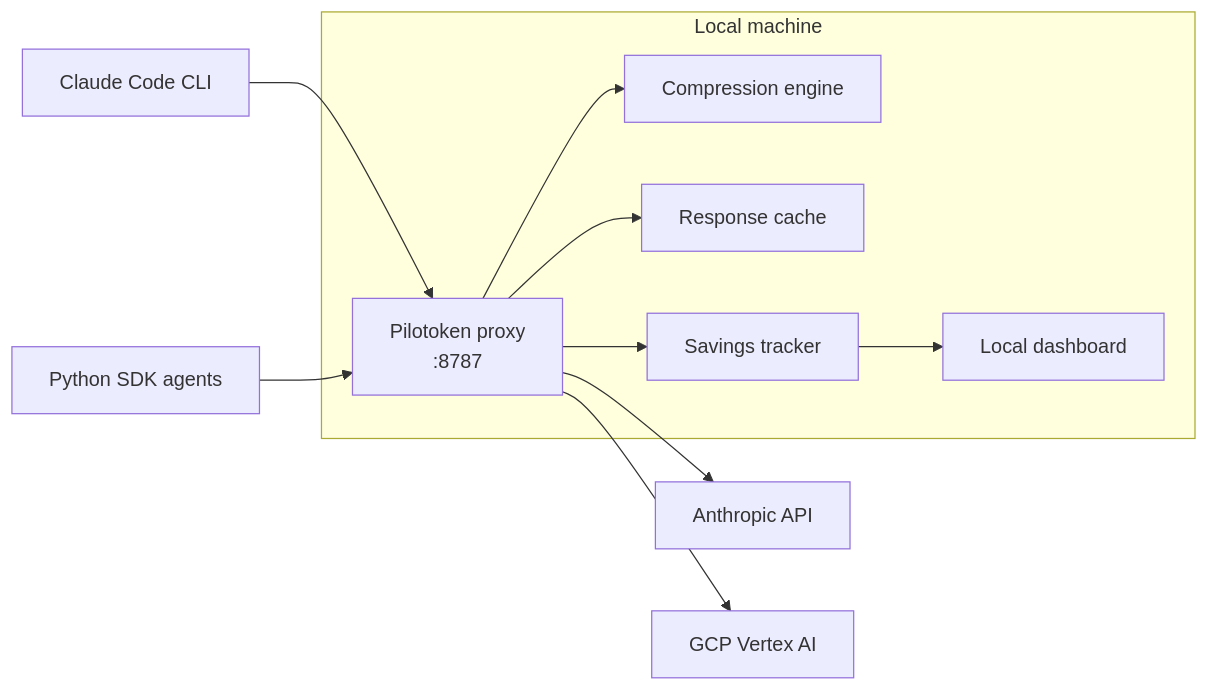
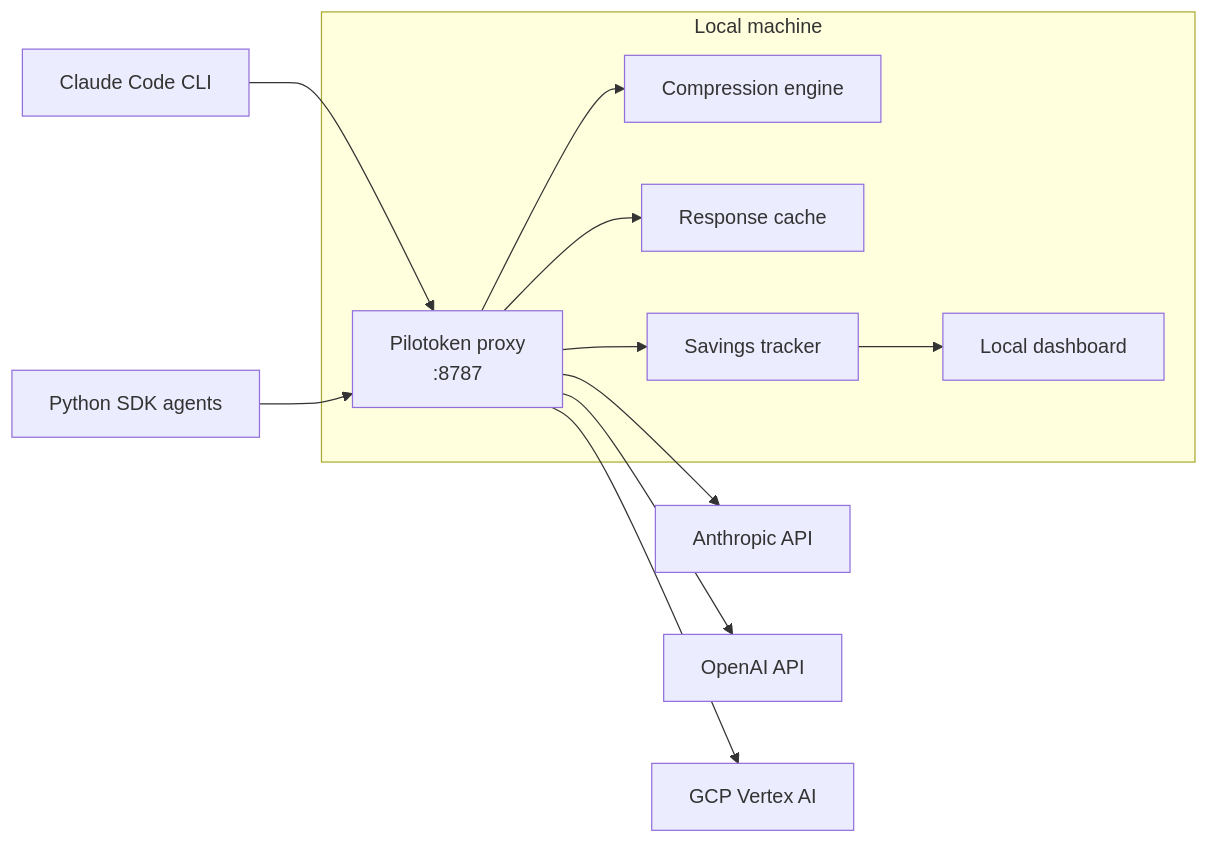
Before and after one commit to SteveDigital/pilotoken-showcase: the diagram in README.md, drawn with Mermaid. The commit also changed other lines of this file, not shown here.

````diff
--- a/README.md
+++ b/README.md
@@ -23,13 +27,14 @@
 ```mermaid
 flowchart LR
     A[Claude Code CLI] --> P
     B[Python SDK agents] --> P
     subgraph Local machine
         P[Pilotoken proxy<br/>:8787] --> C[Compression engine]
         P --> K[Response cache]
         P --> S[Savings tracker]
         S --> D[Local dashboard]
     end
     P --> X[Anthropic API]
+    P --> O[OpenAI API]
     P --> V[GCP Vertex AI]
 ```
````
